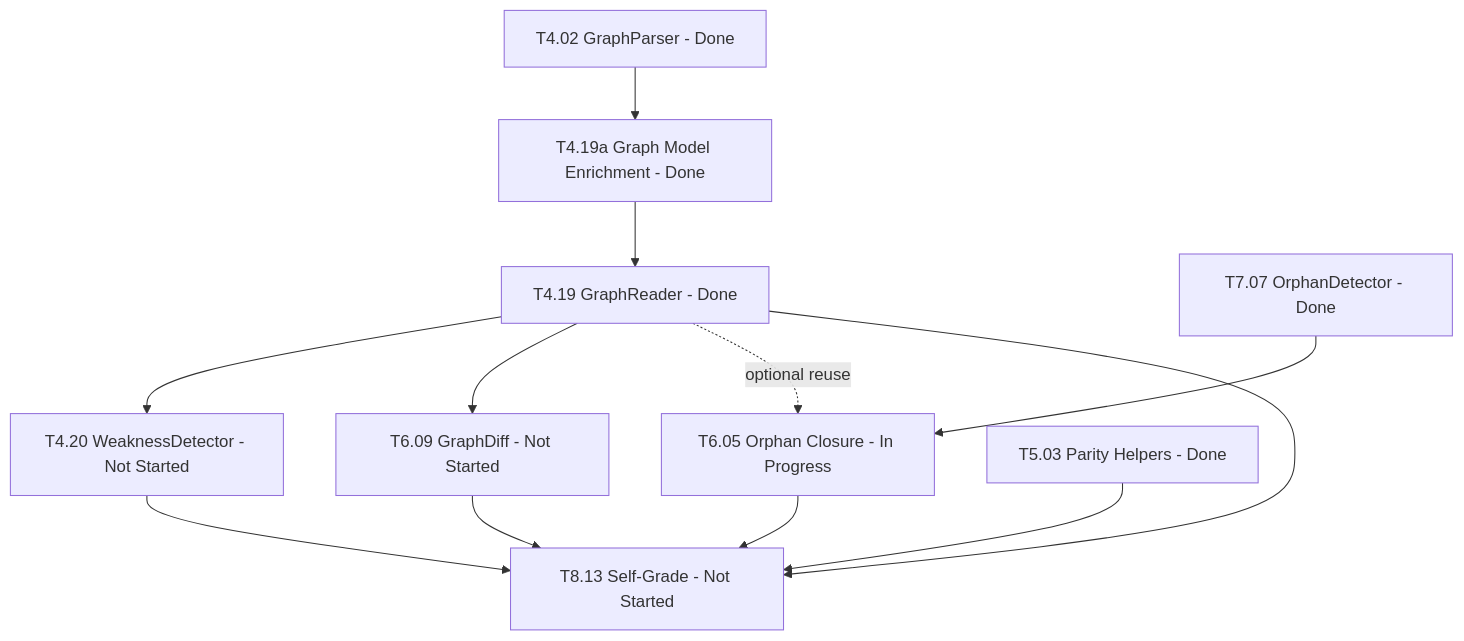
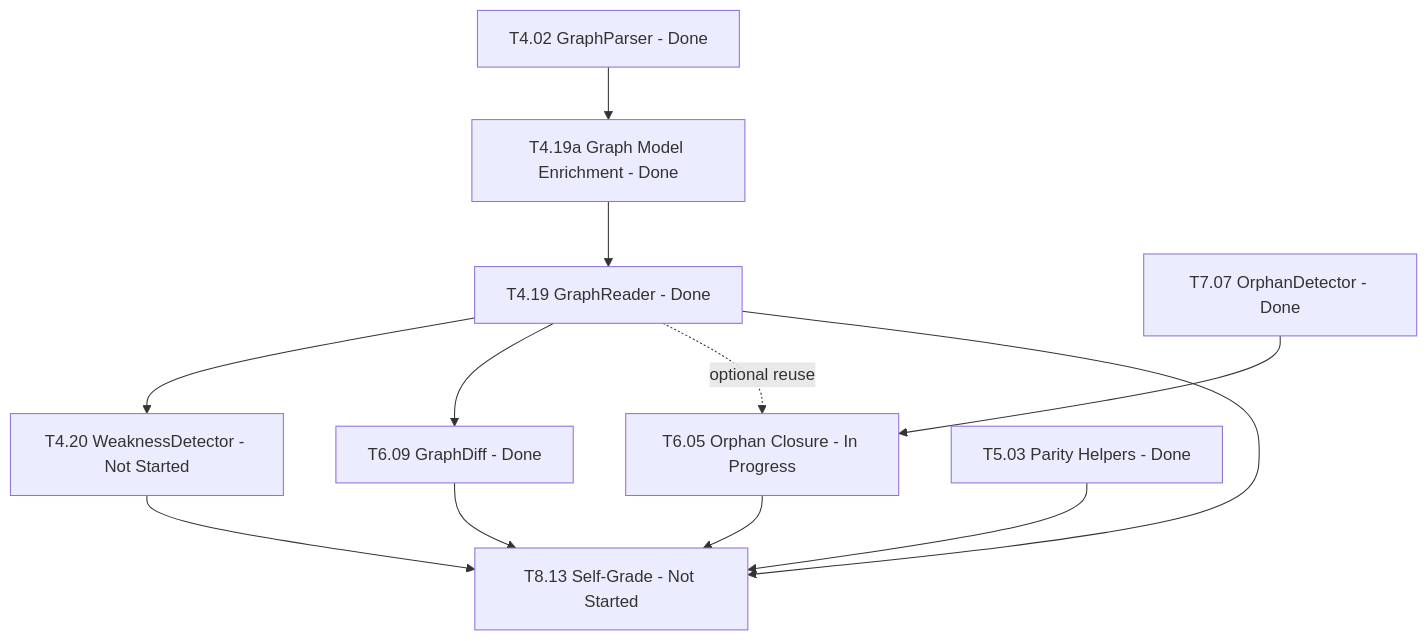
The third of 3 diagrams in docs/TODO.md (Us5rName/ai-orchestration-ex4-finding-bugs), drawn with Mermaid before and after one commit. The commit also changed other lines of this file and 20 other files, not shown here.

Commit message:
[T6.09] Add typed graph-diff comparison reports

````diff
--- a/docs/TODO.md
+++ b/docs/TODO.md
@@ -2583,17 +2583,17 @@
 ```mermaid
 graph TD
     T402[T4.02 GraphParser - Done]
     T402 --> T419a[T4.19a Graph Model Enrichment - Done]
     T419a --> T419[T4.19 GraphReader - Done]
     T419 --> T420[T4.20 WeaknessDetector - Not Started]
-    T419 --> T609[T6.09 GraphDiff - Not Started]
+    T419 --> T609[T6.09 GraphDiff - Done]
     T707[T7.07 OrphanDetector - Done]
     T707 --> T605[T6.05 Orphan Closure - In Progress]
     T419 -.->|optional reuse| T605
     T503[T5.03 Parity Helpers - Done]
     T419 --> T813[T8.13 Self-Grade - Not Started]
     T503 --> T813
     T420 --> T813
     T605 --> T813
     T609 --> T813
 ```
````
